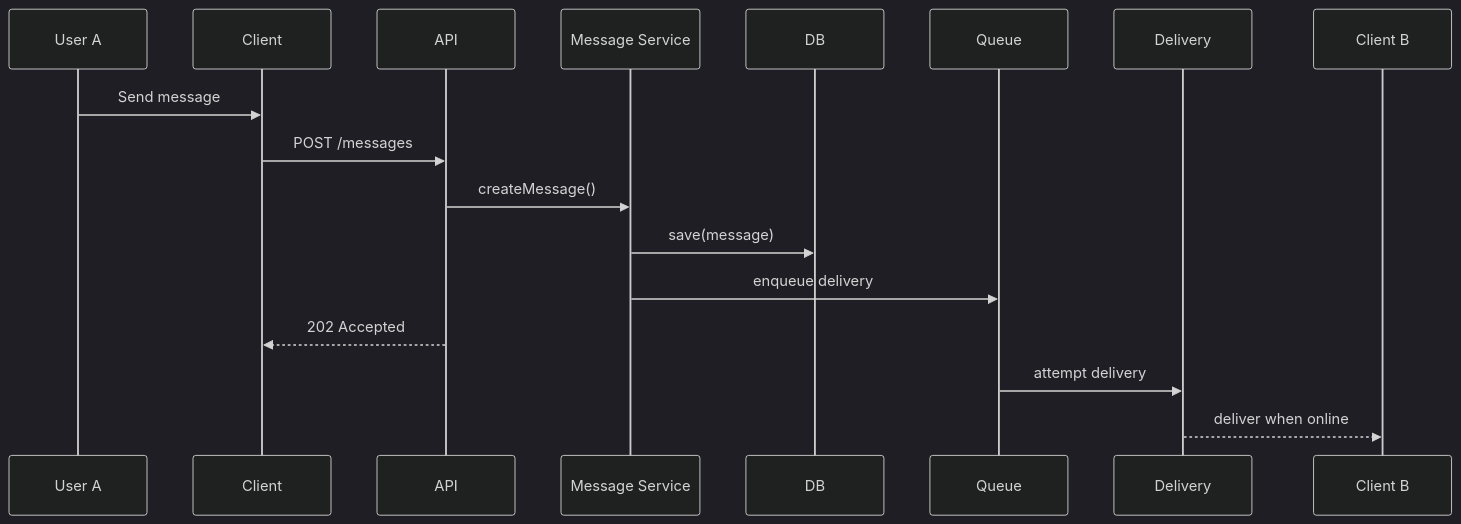
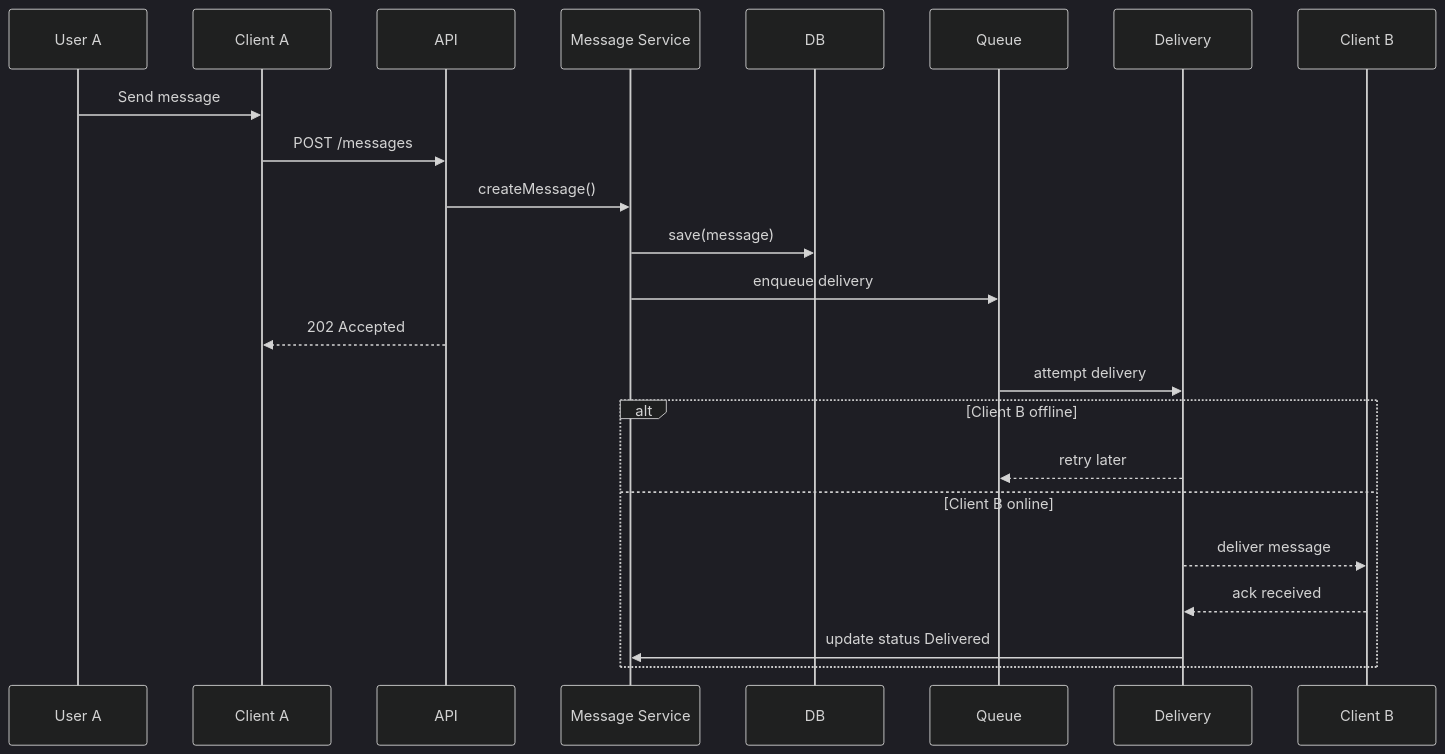
Before and after one commit to Artem-KAI/Software-Design-and-Documentation: the second of 3 diagrams in lab1/README.md, drawn with Mermaid (dark theme). The commit also changed other lines of this file, not shown here.

Commit message:
гзвфеу
Updated sequence diagram and proposed solution for message delivery.

````diff
--- a/lab1/README.md
+++ b/lab1/README.md
@@ -55,19 +55,26 @@
 ```mermaid
 sequenceDiagram
   participant A as User A
-  participant Client
+  participant ClientA as Client A
   participant API
   participant Msg as Message Service
   participant DB
   participant Queue
   participant Delivery
+  participant ClientB as Client B
 
-  A->>Client: Send message
-  Client->>API: POST /messages
+  A->>ClientA: Send message
+  ClientA->>API: POST /messages
   API->>Msg: createMessage()
   Msg->>DB: save(message)
   Msg->>Queue: enqueue delivery
-  API-->>Client: 202 Accepted
+  API-->>ClientA: 202 Accepted
   Queue->>Delivery: attempt delivery
-  Delivery-->>Client B: deliver when online
+  alt Client B offline
+      Delivery-->>Queue: retry later
+  else Client B online
+      Delivery-->>ClientB: deliver message
+      ClientB-->>Delivery: ack received
+      Delivery->>Msg: update status Delivered
+  end
 ```
````
